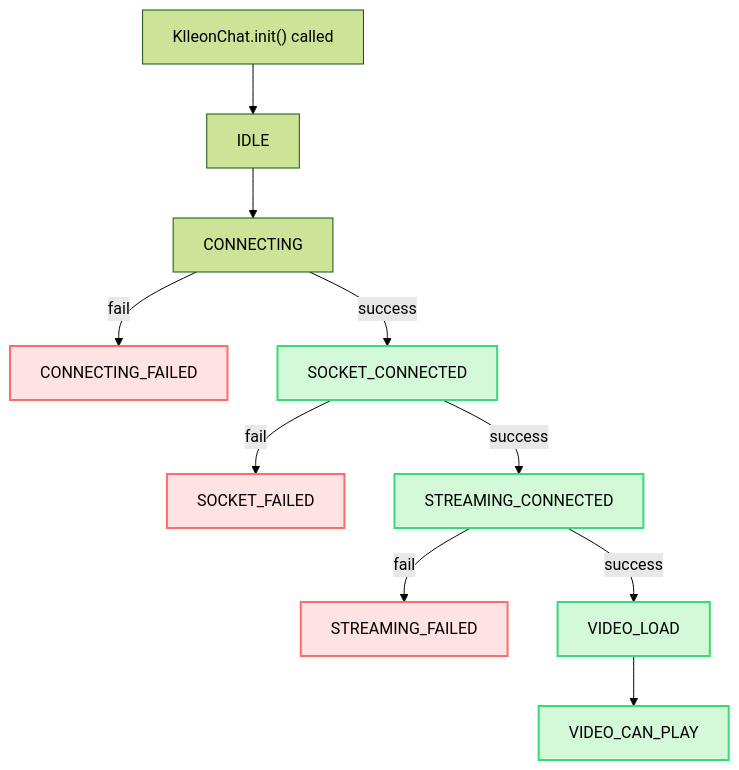
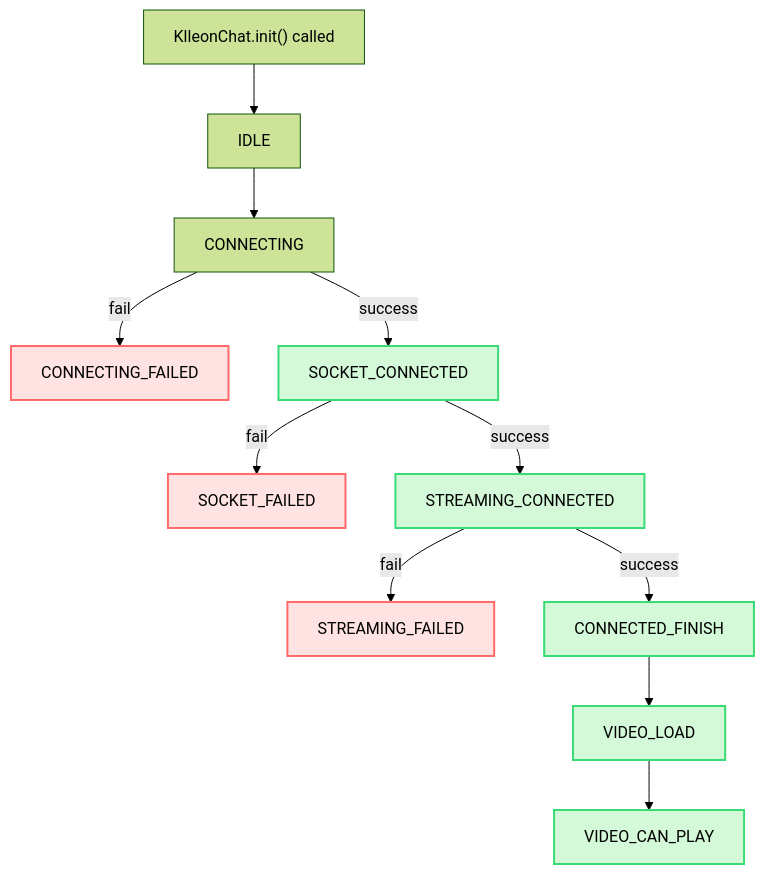
Before and after one commit to klleon/web-sdk-docs: the third of 3 diagrams in i18n/en/docusaurus-plugin-content-docs/current/03-usage/03-sdk-event.mdx, drawn with Mermaid (forest theme). The commit also changed 8 other files, not shown here.

````diff
--- a/i18n/en/docusaurus-plugin-content-docs/current/03-usage/03-sdk-event.mdx
+++ b/i18n/en/docusaurus-plugin-content-docs/current/03-usage/03-sdk-event.mdx
@@ -158,19 +158,20 @@
 ```mermaid
 flowchart TD
     INIT["KlleonChat.init() called"] --> A[IDLE]
     A --> B[CONNECTING]
     B -->|fail| C[CONNECTING_FAILED]
     B -->|success| D[SOCKET_CONNECTED]
     D -->|fail| I[SOCKET_FAILED]
     D -->|success| E[STREAMING_CONNECTED]
     E -->|fail| J[STREAMING_FAILED]
-    E -->|success| F[VIDEO_LOAD]
+    E -->|success| H[CONNECTED_FINISH]
+    H --> F[VIDEO_LOAD]
     F --> G[VIDEO_CAN_PLAY]
 
     %% Style
     classDef success fill:#d3f9d8,stroke:#3adb76,stroke-width:2px,color:#000;
     classDef failure fill:#ffe3e3,stroke:#ff6b6b,stroke-width:2px,color:#000;
 
-    class D,E,F,G success;
+    class D,E,H,F,G success;
     class C,I,J failure;
 ```
````
